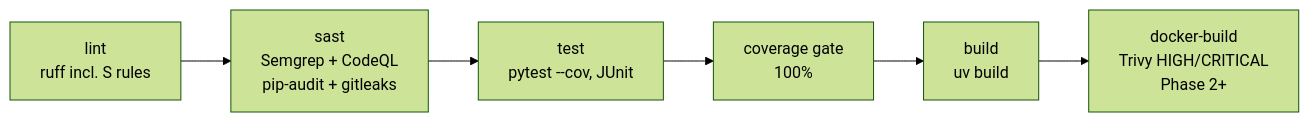
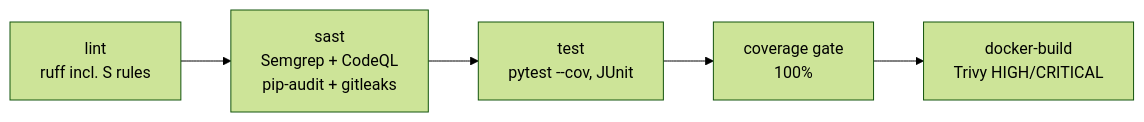
Before and after one commit to amrambouskila/blockchain: the fourth of 4 diagrams in docs/BLOCKCHAIN_MASTER_PLAN.md, drawn with Mermaid (forest theme). The commit also changed other lines of this file and 86 other files, not shown here.

````diff
--- a/docs/BLOCKCHAIN_MASTER_PLAN.md
+++ b/docs/BLOCKCHAIN_MASTER_PLAN.md
@@ -245,8 +252,7 @@
 ```mermaid
 flowchart LR
     LINT[lint<br/>ruff incl. S rules] --> SAST[sast<br/>Semgrep + CodeQL<br/>pip-audit + gitleaks]
     SAST --> TEST[test<br/>pytest --cov, JUnit]
     TEST --> COV[coverage gate<br/>100%]
-    COV --> BUILD[build<br/>uv build]
-    BUILD --> DOCKER[docker-build<br/>Trivy HIGH/CRITICAL<br/>Phase 2+]
+    COV --> DOCKER[docker-build<br/>Trivy HIGH/CRITICAL]
 ```
````
